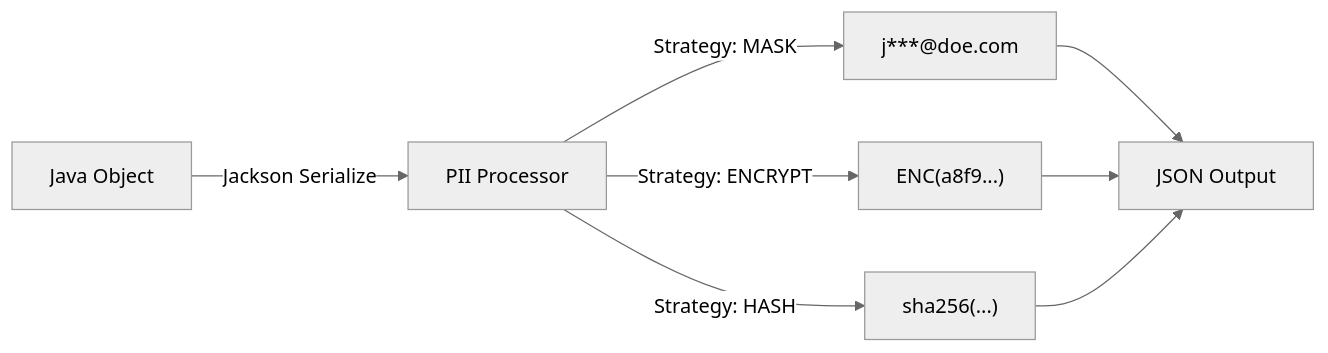
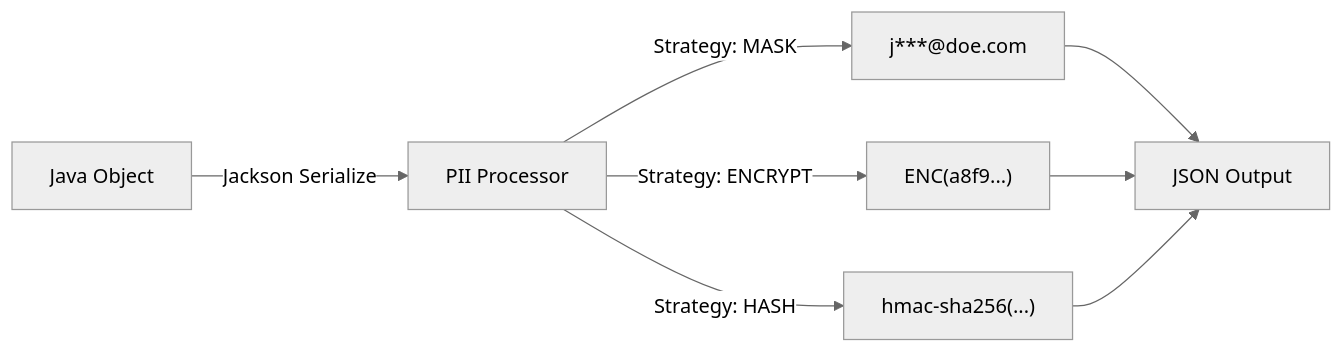
The diagram in docs/features/pii-protection.md (closeup1202/curve), drawn with Mermaid (neutral theme) before and after one commit. The commit also changed other lines of this file and 30 other files, not shown here.

````diff
--- a/docs/features/pii-protection.md
+++ b/docs/features/pii-protection.md
@@ -33,10 +33,10 @@
 ```mermaid
 flowchart LR
     Obj[Java Object] -->|Jackson Serialize| PII[PII Processor]
     PII -->|Strategy: MASK| Masked["j***@doe.com"]
     PII -->|Strategy: ENCRYPT| Encrypted["ENC(a8f9...)"]
-    PII -->|Strategy: HASH| Hashed["sha256(...)"]
+    PII -->|Strategy: HASH| Hashed["hmac-sha256(...)"]
     Masked --> Json[JSON Output]
     Encrypted --> Json
     Hashed --> Json
 ```
````
